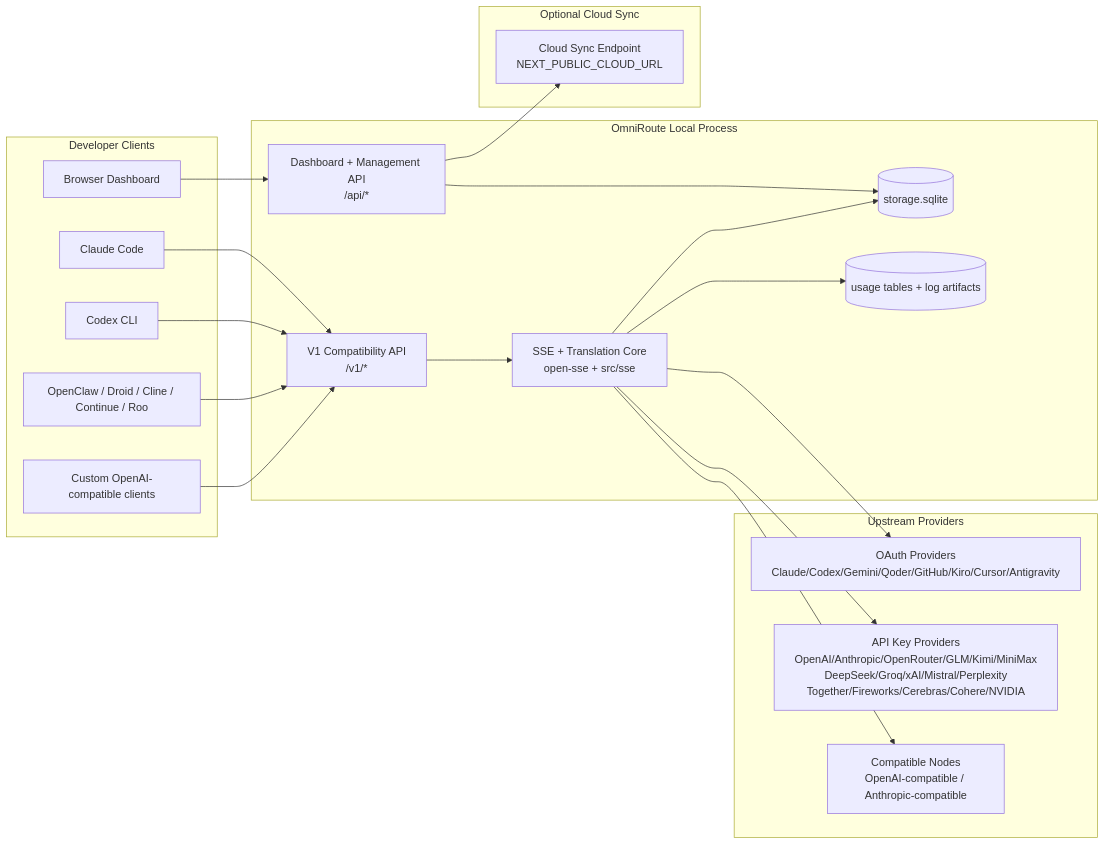
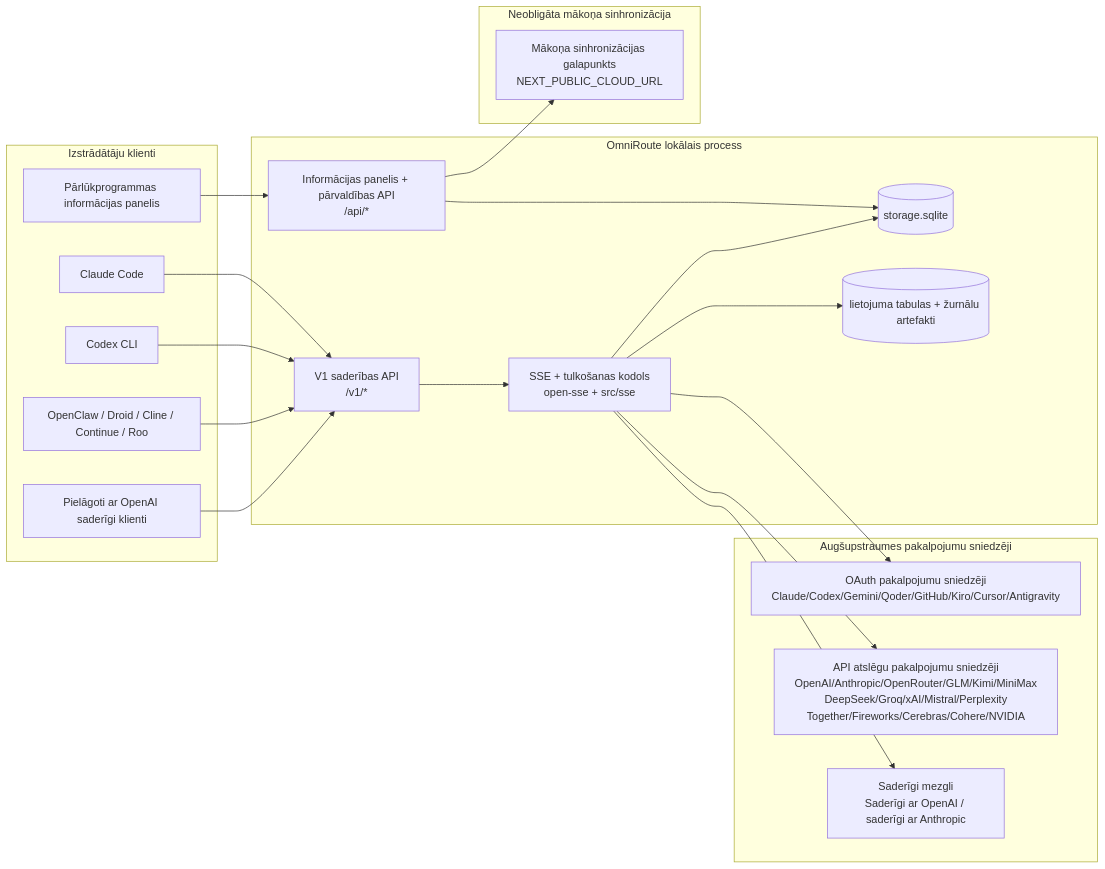
The first of 7 diagrams in docs/i18n/lv/docs/architecture/ARCHITECTURE.md (diegosouzapw/OmniRoute), drawn with Mermaid before and after one commit. The commit also changed other lines of this file and 66 other files, not shown here.

Commit message:
docs(i18n): sync docs/architecture/ARCHITECTURE.md mirrors with the base

````diff
--- a/docs/i18n/lv/docs/architecture/ARCHITECTURE.md
+++ b/docs/i18n/lv/docs/architecture/ARCHITECTURE.md
@@ -157,45 +157,45 @@
 ```mermaid
 flowchart LR
-    subgraph Clients[Developer Clients]
+    subgraph Clients[Izstrādātāju klienti]
         C1[Claude Code]
         C2[Codex CLI]
         C3[OpenClaw / Droid / Cline / Continue / Roo]
-        C4[Custom OpenAI-compatible clients]
-        BROWSER[Browser Dashboard]
+        C4[Pielāgoti ar OpenAI saderīgi klienti]
+        BROWSER[Pārlūkprogrammas informācijas panelis]
     end
 
-    subgraph Router[OmniRoute Local Process]
-        API[V1 Compatibility API\n/v1/*]
-        DASH[Dashboard + Management API\n/api/*]
-        CORE[SSE + Translation Core\nopen-sse + src/sse]
+    subgraph Router[OmniRoute lokālais process]
+        API[V1 saderības API\n/v1/*]
+        DASH[Informācijas panelis + pārvaldības API\n/api/*]
+        CORE[SSE + tulkošanas kodols\nopen-sse + src/sse]
         DB[(storage.sqlite)]
-        UDB[(usage tables + log artifacts)]
+        UDB[(lietojuma tabulas + žurnālu artefakti)]
     end
 
-    subgraph Upstreams[Upstream Providers]
-        P1[OAuth Providers\nClaude/Codex/Gemini/Qoder/GitHub/Kiro/Cursor/Antigravity]
-        P2[API Key Providers\nOpenAI/Anthropic/OpenRouter/GLM/Kimi/MiniMax\nDeepSeek/Groq/xAI/Mistral/Perplexity\nTogether/Fireworks/Cerebras/Cohere/NVIDIA]
-        P3[Compatible Nodes\nOpenAI-compatible / Anthropic-compatible]
+    subgraph Upstreams[Augšupstraumes pakalpojumu sniedzēji]
+        P1[OAuth pakalpojumu sniedzēji\nClaude/Codex/Gemini/Qoder/GitHub/Kiro/Cursor/Antigravity]
+        P2[API atslēgu pakalpojumu sniedzēji\nOpenAI/Anthropic/OpenRouter/GLM/Kimi/MiniMax\nDeepSeek/Groq/xAI/Mistral/Perplexity\nTogether/Fireworks/Cerebras/Cohere/NVIDIA]
+        P3[Saderīgi mezgli\nSaderīgi ar OpenAI / saderīgi ar Anthropic]
     end
 
-    subgraph Cloud[Optional Cloud Sync]
-        CLOUD[Cloud Sync Endpoint\nNEXT_PUBLIC_CLOUD_URL]
+    subgraph Cloud[Neobligāta mākoņa sinhronizācija]
+        CLOUD[Mākoņa sinhronizācijas galapunkts\nNEXT_PUBLIC_CLOUD_URL]
     end
 
     C1 --> API
     C2 --> API
     C3 --> API
     C4 --> API
     BROWSER --> DASH
 
     API --> CORE
     DASH --> DB
     CORE --> DB
     CORE --> UDB
 
     CORE --> P1
     CORE --> P2
     CORE --> P3
 
     DASH --> CLOUD
 ```
````
